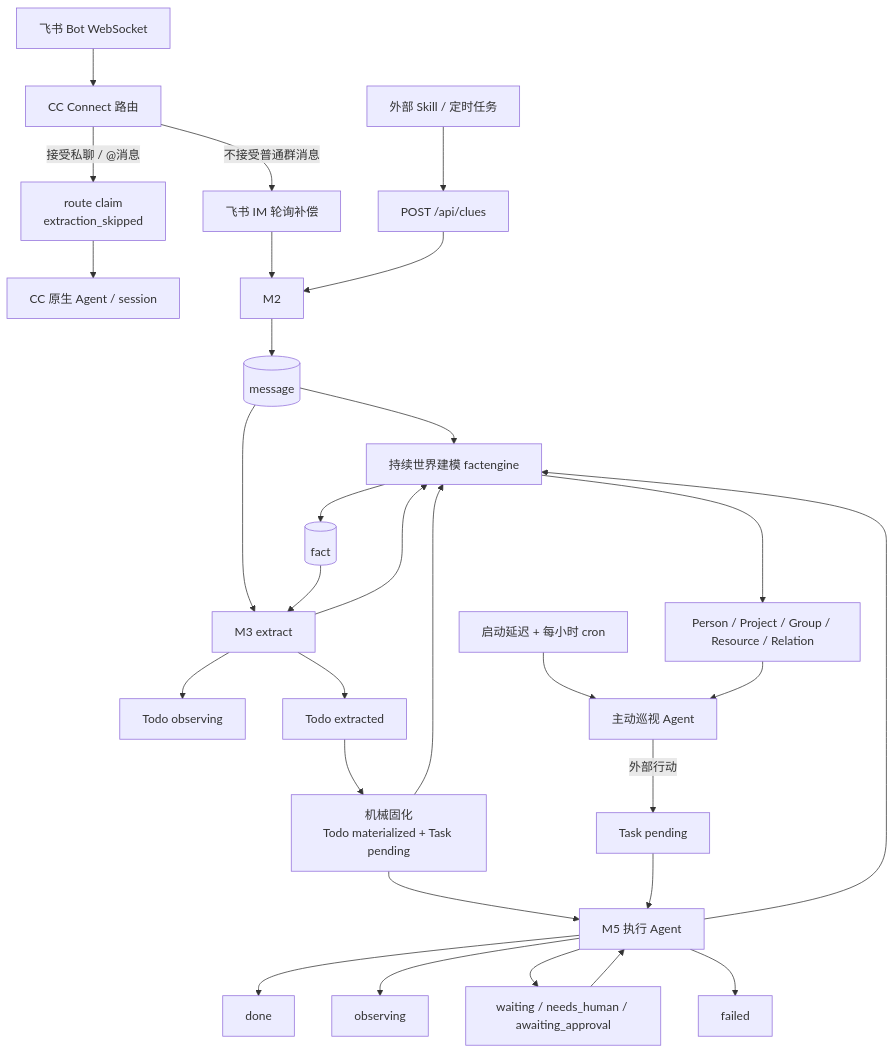
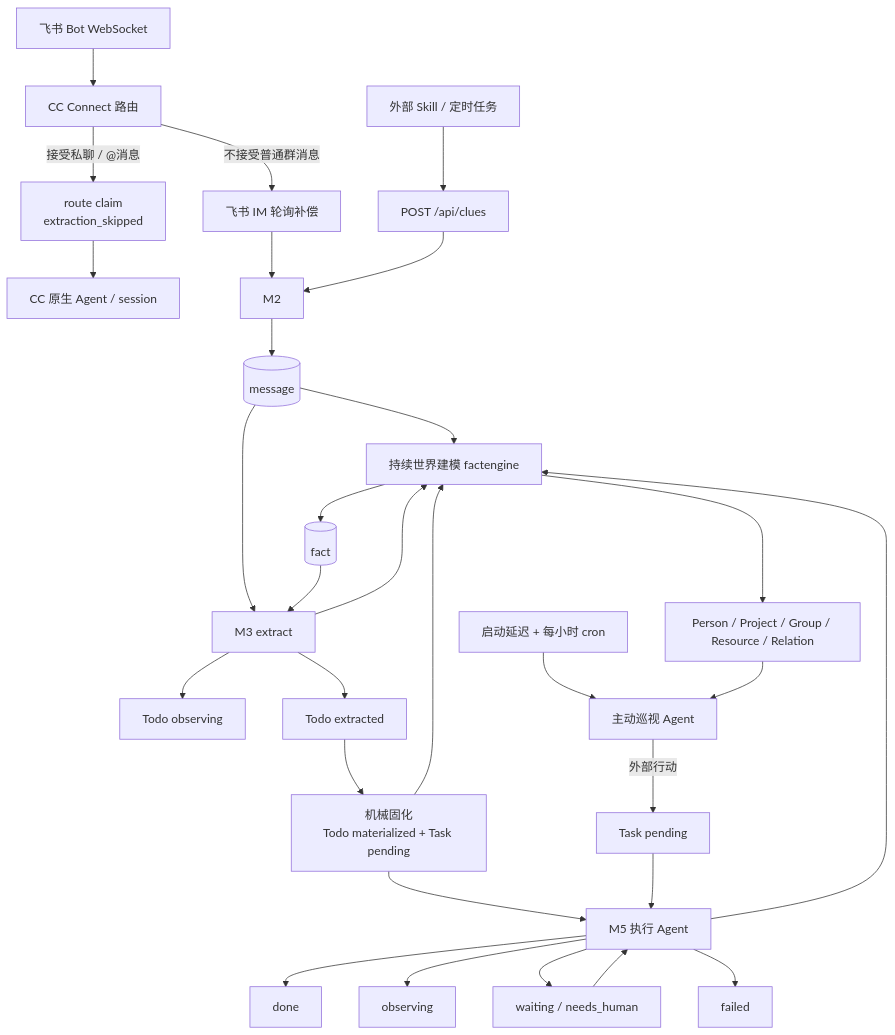
The second of 2 diagrams in docs/00-overview.md (mjscjj/jarvis), drawn with Mermaid before and after one commit. The commit also changed other lines of this file and 53 other files, not shown here.

````diff
--- a/docs/00-overview.md
+++ b/docs/00-overview.md
@@ -45,29 +45,29 @@
 ```mermaid
 flowchart TD
     EVENT["飞书 Bot WebSocket"] --> CC["CC Connect 路由"]
     CC -->|"接受私聊 / @消息"| CLAIM["route claim\nextraction_skipped"]
     CLAIM --> CCA["CC 原生 Agent / session"]
     CC -->|"不接受普通群消息"| POLL
     POLL["飞书 IM 轮询补偿"] --> M2
     EXT["外部 Skill / 定时任务"] --> CLUE["POST /api/clues"] --> M2
     M2 --> MSG[("message")]
     MSG --> FACT["持续世界建模 factengine"] --> F[("fact")]
     MSG --> M3["M3 extract"]
     F --> M3
     M3 --> OBS0["Todo observing"]
     M3 --> EXT0["Todo extracted"]
     M3 --> FACT
     EXT0 --> MATERIALIZED["机械固化\nTodo materialized + Task pending"]
     MATERIALIZED --> EXEC["M5 执行 Agent"]
     MATERIALIZED --> FACT
     EXEC --> FACT
     EXEC --> DONE["done"]
     EXEC --> OBS2["observing"]
-    EXEC --> WAIT["waiting / needs_human / awaiting_approval"]
+    EXEC --> WAIT["waiting / needs_human"]
     EXEC --> FAIL["failed"]
     WAIT --> EXEC
     CRON["启动延迟 + 每小时 cron"] --> PROACTIVE["主动巡视 Agent"]
     FACT --> WORLD["Person / Project / Group / Resource / Relation"]
     WORLD --> PROACTIVE
     PROACTIVE -->|"外部行动"| PTASK["Task pending"] --> EXEC
 ```
````
